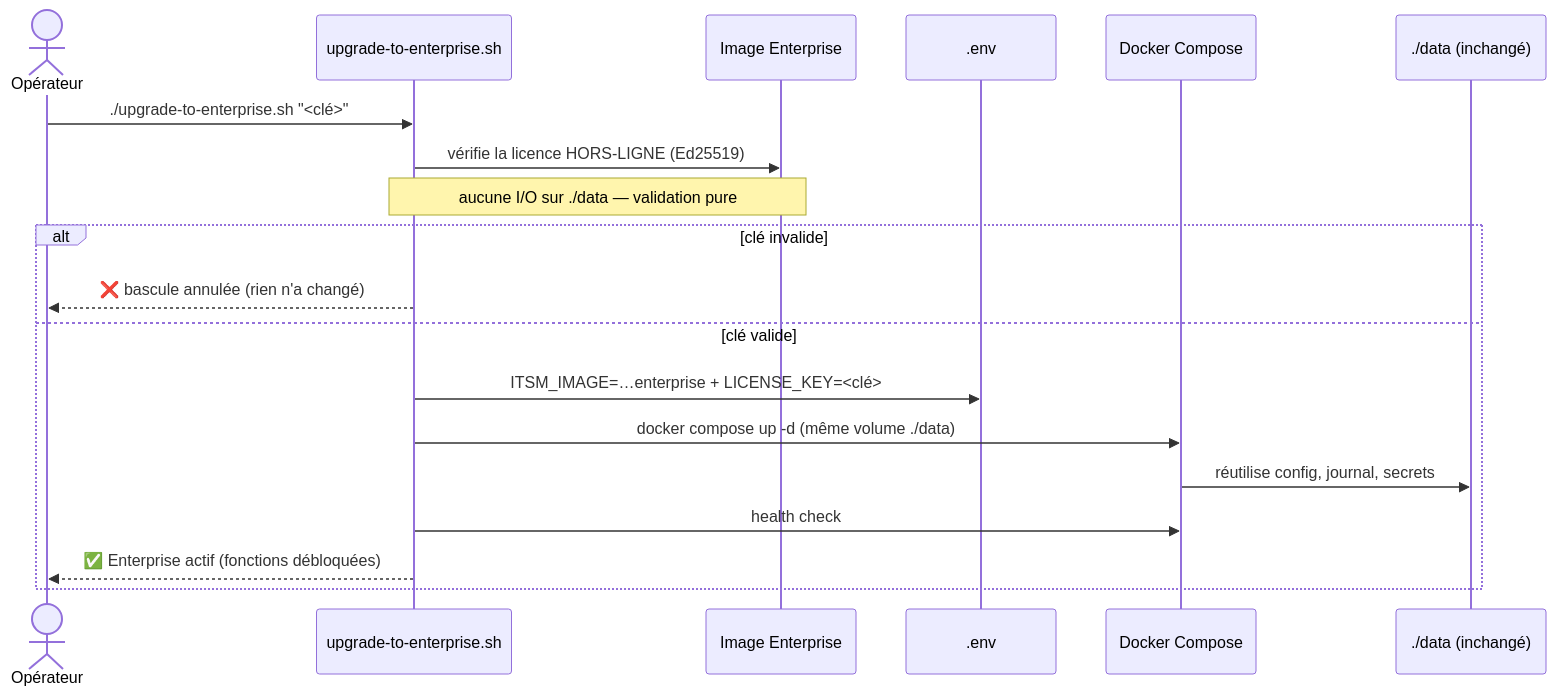
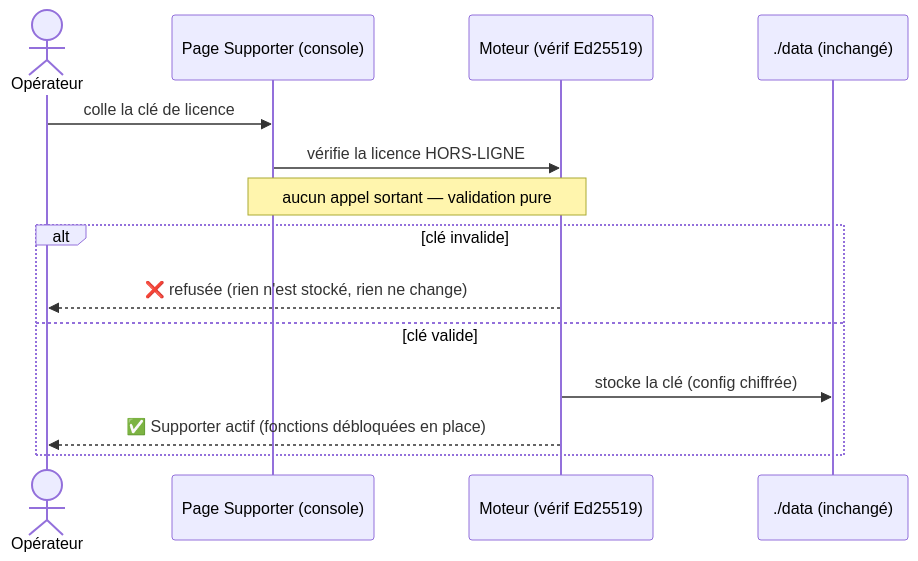
One commit to WicaebethTheo/itsm-modern-ai changed the sixth of 7 diagrams in docs/guide-fonctionnement.md. Above: the diagram before and after it, drawn with Mermaid. The commit also changed other lines of this file and 48 other files, not shown here.

First line of the commit message:
feat: édition unique — fonctions Supporter intégrées, déverrouillées par licence

````diff
--- a/docs/guide-fonctionnement.md
+++ b/docs/guide-fonctionnement.md
@@ -191,22 +189,17 @@
 ```mermaid
 sequenceDiagram
     actor Op as Opérateur
-    participant Sh as upgrade-to-enterprise.sh
-    participant Ent as Image Enterprise
-    participant Env as .env
-    participant Dk as Docker Compose
+    participant UI as Page Supporter (console)
+    participant Eng as Moteur (vérif Ed25519)
     participant Data as ./data (inchangé)
 
-    Op->>Sh: ./upgrade-to-enterprise.sh "<clé>"
-    Sh->>Ent: vérifie la licence HORS-LIGNE (Ed25519)
-    Note over Sh,Ent: aucune I/O sur ./data — validation pure
+    Op->>UI: colle la clé de licence
+    UI->>Eng: vérifie la licence HORS-LIGNE
+    Note over UI,Eng: aucun appel sortant — validation pure
     alt clé invalide
-        Sh-->>Op: ❌ bascule annulée (rien n'a changé)
+        Eng-->>Op: ❌ refusée (rien n'est stocké, rien ne change)
     else clé valide
-        Sh->>Env: ITSM_IMAGE=…enterprise + LICENSE_KEY=<clé>
-        Sh->>Dk: docker compose up -d (même volume ./data)
-        Dk->>Data: réutilise config, journal, secrets
-        Sh->>Dk: health check
-        Sh-->>Op: ✅ Enterprise actif (fonctions débloquées)
+        Eng->>Data: stocke la clé (config chiffrée)
+        Eng-->>Op: ✅ Supporter actif (fonctions débloquées en place)
     end
 ```
````
